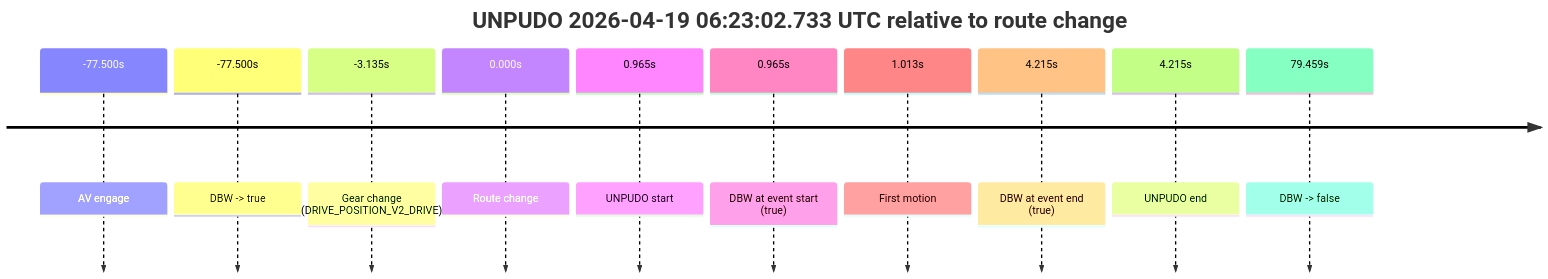
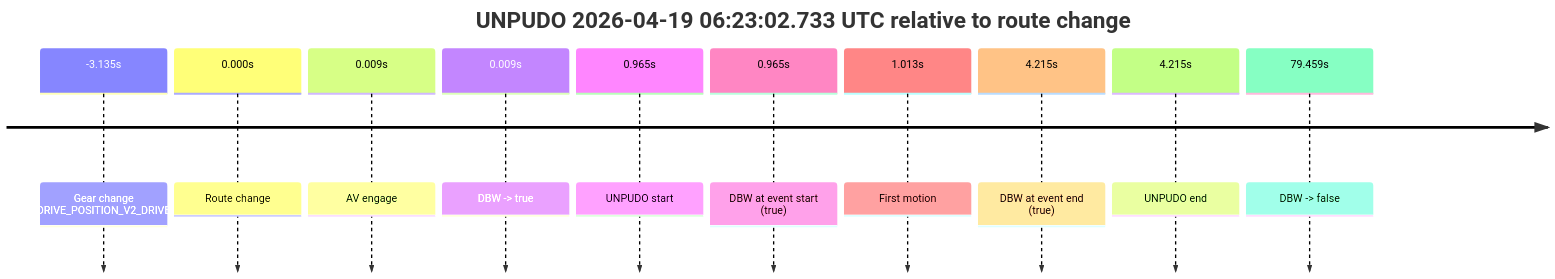
Before and after one commit to yoelshapiro/vault: the third of 13 diagrams in model_analysis/report_cards/2026/04/Week-3/fme20009--2026-04-19--05-51-41--gen2-av-de5cf318-085d-434c-bbad-44a85d521e9e.md, drawn with Mermaid. The commit also changed other lines of this file and 41 other files, not shown here.

````diff
--- a/model_analysis/report_cards/2026/04/Week-3/fme20009--2026-04-19--05-51-41--gen2-av-de5cf318-085d-434c-bbad-44a85d521e9e.md
+++ b/model_analysis/report_cards/2026/04/Week-3/fme20009--2026-04-19--05-51-41--gen2-av-de5cf318-085d-434c-bbad-44a85d521e9e.md
@@ -43,14 +243,14 @@
 ```mermaid
 timeline
     title UNPUDO 2026-04-19 06:23:02.733 UTC relative to route change
-    -77.500s : AV engage
-    -77.500s : DBW -> true
     -3.135s : Gear change (DRIVE_POSITION_V2_DRIVE)
     0.000s : Route change
+    0.009s : AV engage
+    0.009s : DBW -> true
     0.965s : UNPUDO start
     0.965s : DBW at event start (true)
     1.013s : First motion
     4.215s : DBW at event end (true)
     4.215s : UNPUDO end
     79.459s : DBW -> false
 ```
````
